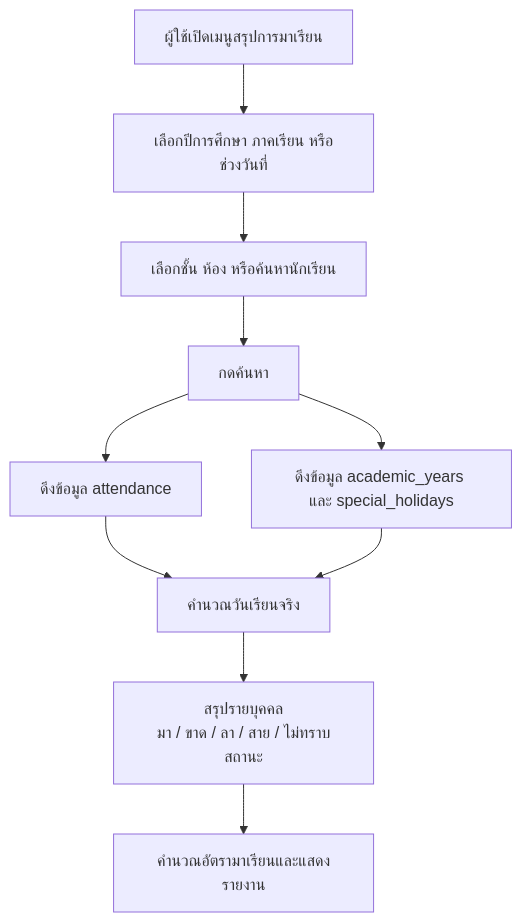
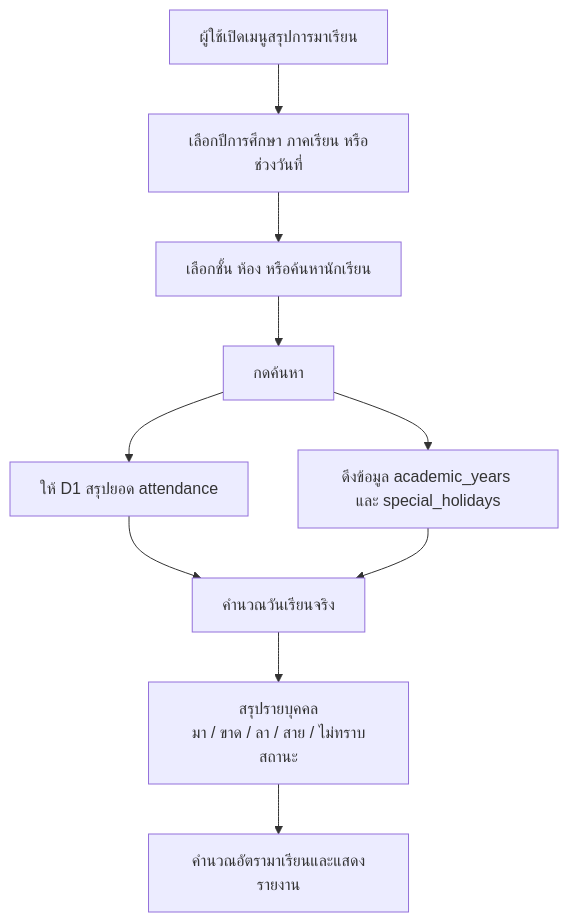
One commit to cboontact/doitg2026 changed the seventh of 23 diagrams in README.md. Above: the diagram before and after it, drawn with Mermaid. The commit also changed other lines of this file, not shown here.

````diff
--- a/README.md
+++ b/README.md
@@ -868,12 +932,12 @@
 ```mermaid
 flowchart TD
     A["ผู้ใช้เปิดเมนูสรุปการมาเรียน"] --> B["เลือกปีการศึกษา ภาคเรียน หรือช่วงวันที่"]
     B --> C["เลือกชั้น ห้อง หรือค้นหานักเรียน"]
     C --> D["กดค้นหา"]
-    D --> E["ดึงข้อมูล attendance"]
+    D --> E["ให้ D1 สรุปยอด attendance"]
     D --> F["ดึงข้อมูล academic_years และ special_holidays"]
     E --> G["คำนวณวันเรียนจริง"]
     F --> G
     G --> H["สรุปรายบุคคล<br/>มา / ขาด / ลา / สาย / ไม่ทราบสถานะ"]
     H --> I["คำนวณอัตรามาเรียนและแสดงรายงาน"]
 ```
````
